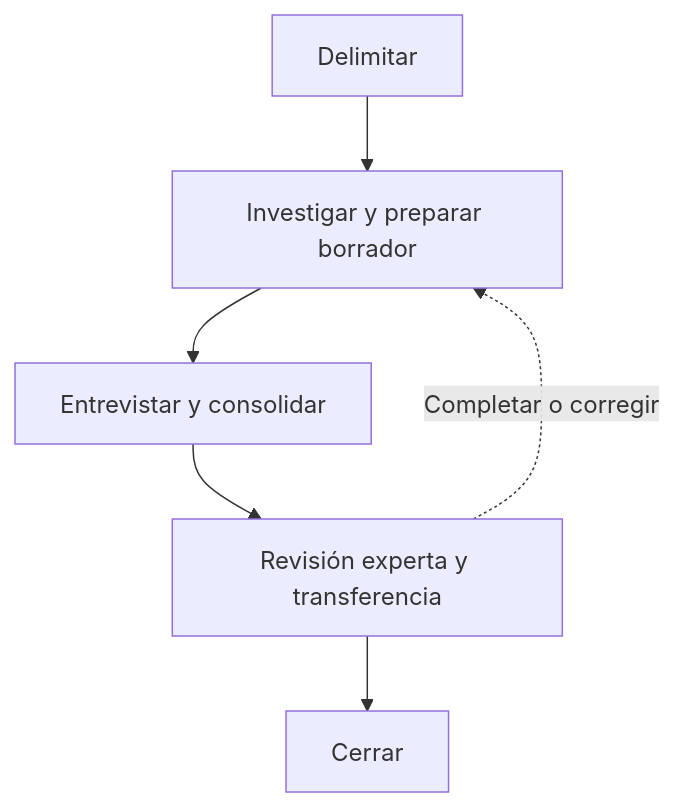
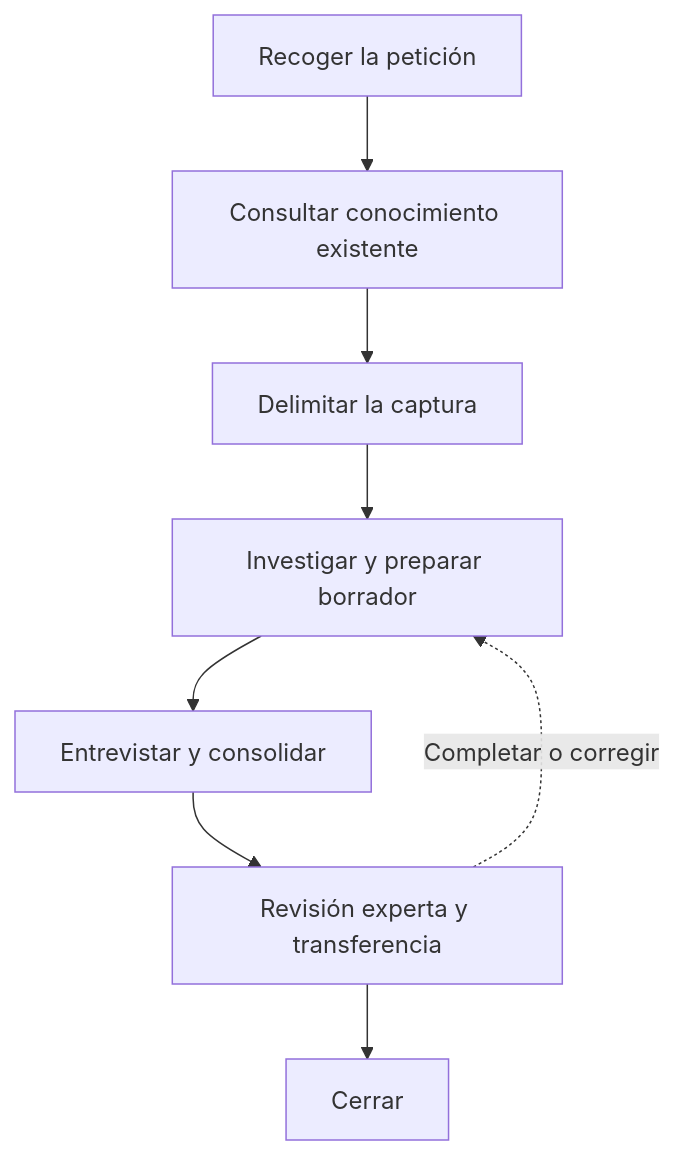
One commit to davidbalivo/skills changed the diagram in skills/engineering/dna-harvest/SKILL.md. Above: the diagram before and after it, drawn with Mermaid. The commit also changed other lines of this file and 4 other files, not shown here.

````diff
--- a/skills/engineering/dna-harvest/SKILL.md
+++ b/skills/engineering/dna-harvest/SKILL.md
@@ -131,8 +155,10 @@
 ```mermaid
 flowchart TD
-    A[Delimitar] --> B[Investigar y preparar borrador]
+    P[Recoger la petición] --> K[Consultar conocimiento existente]
+    K --> A[Delimitar la captura]
+    A --> B[Investigar y preparar borrador]
     B --> C[Entrevistar y consolidar]
     C --> D[Revisión experta y transferencia]
     D --> E[Cerrar]
     D -.->|Completar o corregir| B
 ```
````
